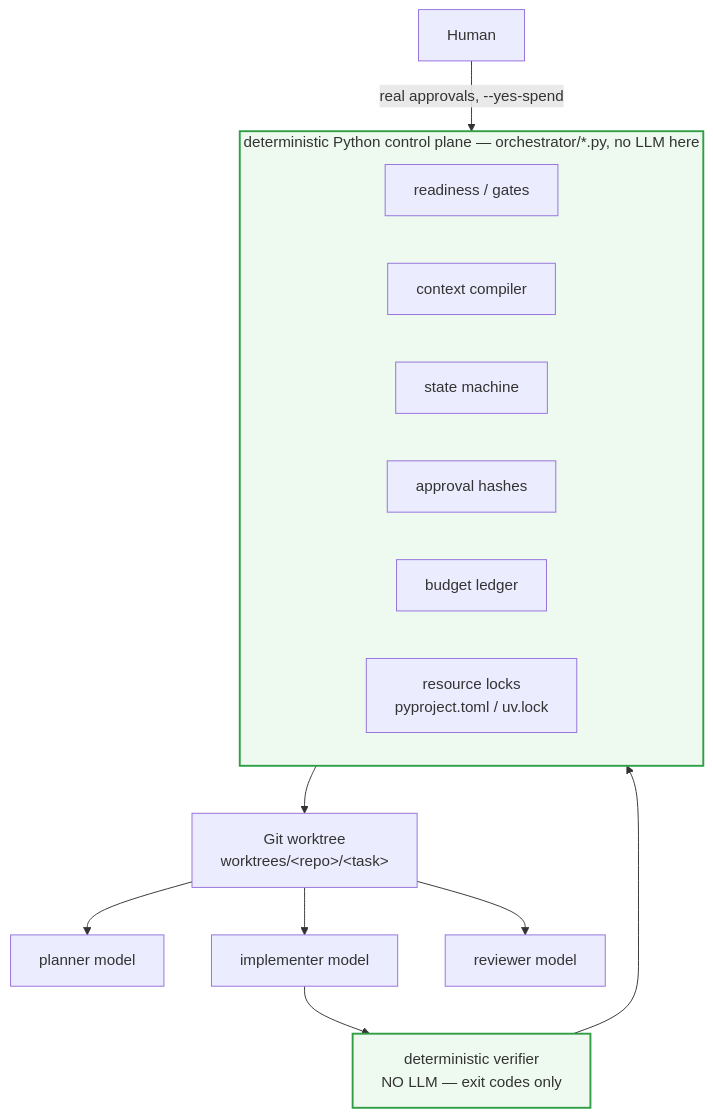
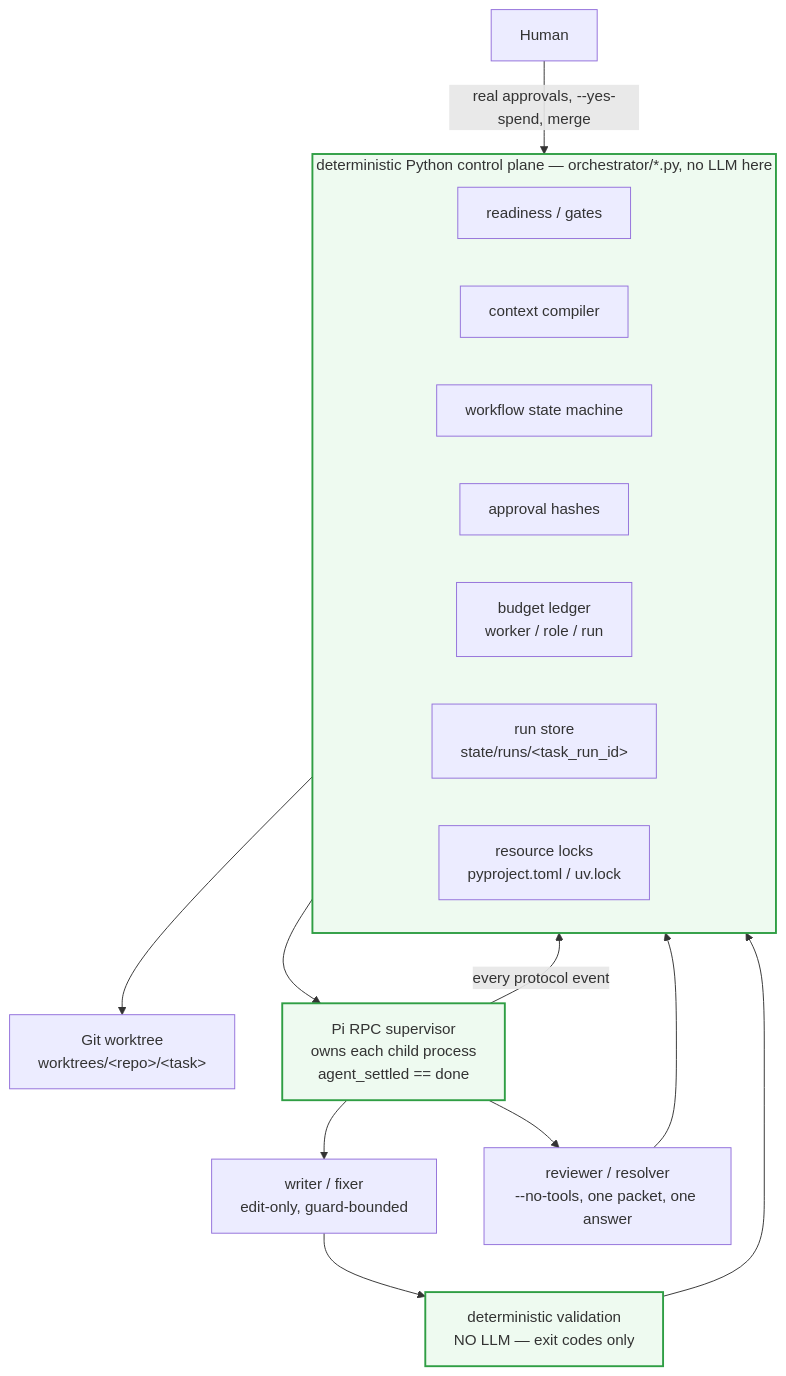
The fourth of 5 diagrams in README.md (evya1/bounded-multi-agent-orchestrator), drawn with Mermaid before and after one commit. The commit also changed other lines of this file, not shown here.

````diff
--- a/README.md
+++ b/README.md
@@ -154,26 +154,29 @@
 ```mermaid
 flowchart TD
-    HUM["Human"] -->|"real approvals, --yes-spend"| CP
+    HUM["Human"] -->|"real approvals, --yes-spend, merge"| CP
 
     subgraph CP["deterministic Python control plane — orchestrator/*.py, no LLM here"]
         direction LR
         RD["readiness / gates"]
         CC["context compiler"]
-        ST["state machine"]
+        WF["workflow state machine"]
         AP["approval hashes"]
-        BG["budget ledger"]
+        BG["budget ledger<br/>worker / role / run"]
+        RS["run store<br/>state/runs/&lt;task_run_id&gt;"]
         RL["resource locks<br/>pyproject.toml / uv.lock"]
     end
 
     CP --> WT["Git worktree<br/>worktrees/&lt;repo&gt;/&lt;task&gt;"]
+    CP --> SUP["Pi RPC supervisor<br/>owns each child process<br/>agent_settled == done"]
 
-    WT --> PLN["planner model"]
-    WT --> IMP["implementer model"]
-    WT --> RVW["reviewer model"]
+    SUP --> IMP["writer / fixer<br/>edit-only, guard-bounded"]
+    SUP --> RVW["reviewer / resolver<br/>--no-tools, one packet, one answer"]
 
-    IMP --> VRF["deterministic verifier<br/>NO LLM — exit codes only"]
+    IMP --> VRF["deterministic validation<br/>NO LLM — exit codes only"]
     VRF --> CP
+    RVW --> CP
+    SUP -->|"every protocol event"| RS
 
     classDef nollm fill:#eefaf0,stroke:#2f9e44,stroke-width:2px
-    class CP,VRF nollm
+    class CP,VRF,SUP nollm
 ```
````
